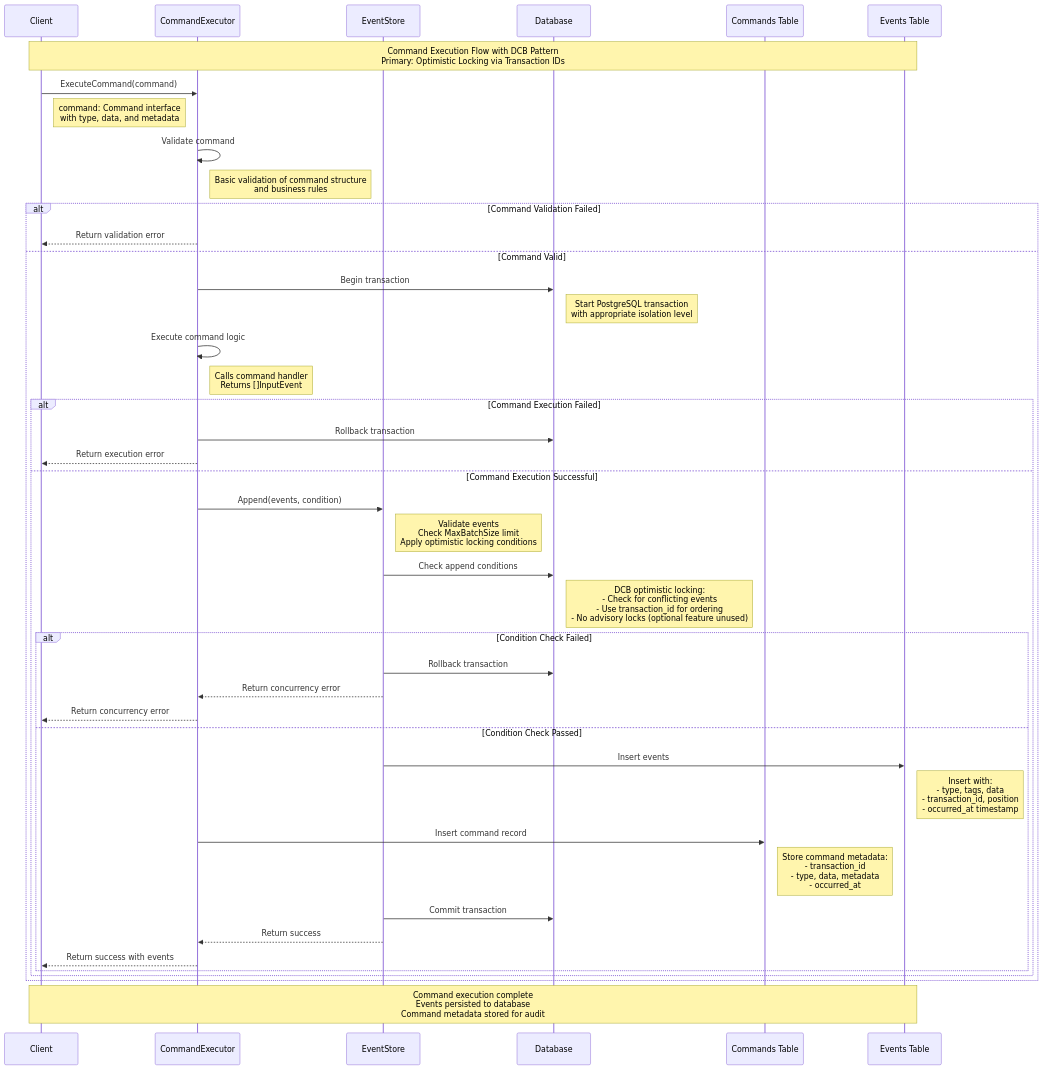
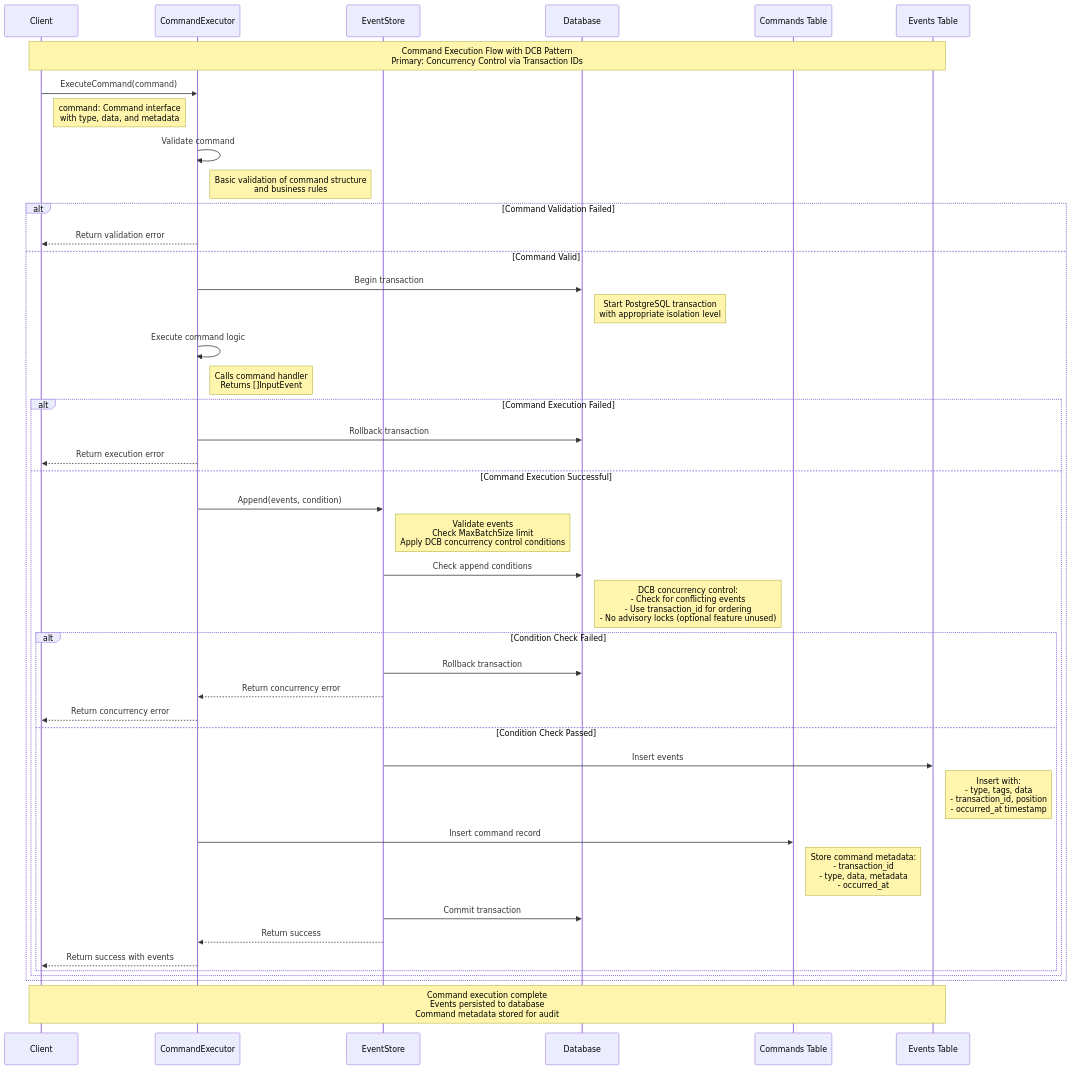
Before and after one commit to rodolfodpk/go-crablet: the diagram in docs/command-execution-flow.md, drawn with Mermaid. The commit also changed other lines of this file and 5 other files, not shown here.

First line of the commit message:
docs: clarify DCB concurrency control vs classic optimistic locking

````diff
--- a/docs/command-execution-flow.md
+++ b/docs/command-execution-flow.md
@@ -7,57 +7,57 @@
 ```mermaid
 sequenceDiagram
     participant Client
     participant CommandExecutor
     participant EventStore
     participant Database
     participant Commands Table
     participant Events Table
 
-    Note over Client, Events Table: Command Execution Flow with DCB Pattern<br/>Primary: Optimistic Locking via Transaction IDs
+    Note over Client, Events Table: Command Execution Flow with DCB Pattern<br/>Primary: Concurrency Control via Transaction IDs
 
     Client->>CommandExecutor: ExecuteCommand(command)
     Note right of Client: command: Command interface<br/>with type, data, and metadata
 
     CommandExecutor->>CommandExecutor: Validate command
     Note right of CommandExecutor: Basic validation of command structure<br/>and business rules
 
     alt Command Validation Failed
         CommandExecutor-->>Client: Return validation error
     else Command Valid
         CommandExecutor->>Database: Begin transaction
         Note right of Database: Start PostgreSQL transaction<br/>with appropriate isolation level
 
         CommandExecutor->>CommandExecutor: Execute command logic
         Note right of CommandExecutor: Calls command handler<br/>Returns []InputEvent
 
         alt Command Execution Failed
             CommandExecutor->>Database: Rollback transaction
             CommandExecutor-->>Client: Return execution error
         else Command Execution Successful
             CommandExecutor->>EventStore: Append(events, condition)
-            Note right of EventStore: Validate events<br/>Check MaxBatchSize limit<br/>Apply optimistic locking conditions
+            Note right of EventStore: Validate events<br/>Check MaxBatchSize limit<br/>Apply DCB concurrency control conditions
 
             EventStore->>Database: Check append conditions
-            Note right of Database: DCB optimistic locking:<br/>- Check for conflicting events<br/>- Use transaction_id for ordering<br/>- No advisory locks (optional feature unused)
+            Note right of Database: DCB concurrency control:<br/>- Check for conflicting events<br/>- Use transaction_id for ordering<br/>- No advisory locks (optional feature unused)
 
             alt Condition Check Failed
                 EventStore->>Database: Rollback transaction
                 EventStore-->>CommandExecutor: Return concurrency error
                 CommandExecutor-->>Client: Return concurrency error
             else Condition Check Passed
                 EventStore->>Events Table: Insert events
                 Note right of Events Table: Insert with:<br/>- type, tags, data<br/>- transaction_id, position<br/>- occurred_at timestamp
 
                 CommandExecutor->>Commands Table: Insert command record
                 Note right of Commands Table: Store command metadata:<br/>- transaction_id<br/>- type, data, metadata<br/>- occurred_at
 
                 EventStore->>Database: Commit transaction
                 EventStore-->>CommandExecutor: Return success
 
                 CommandExecutor-->>Client: Return success with events
             end
         end
     end
 
     Note over Client, Events Table: Command execution complete<br/>Events persisted to database<br/>Command metadata stored for audit
 ```
````
